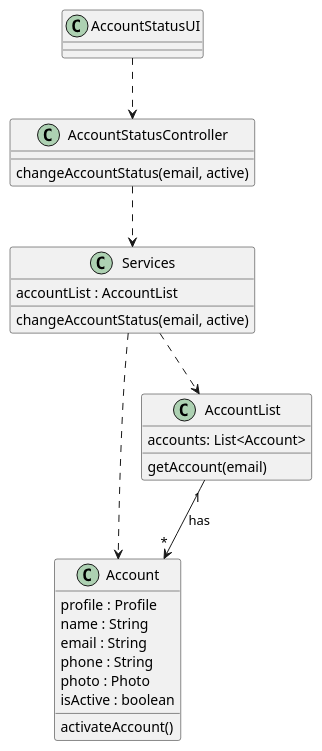
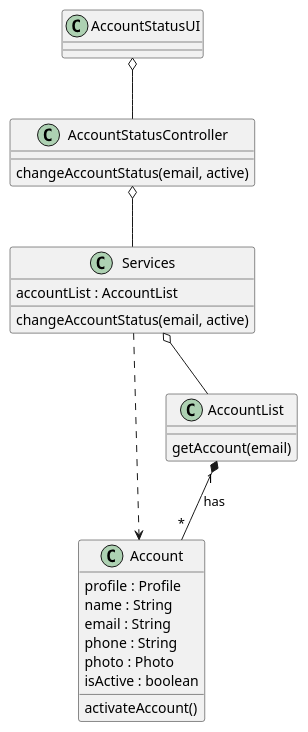
One commit to ivo-menezes/project_g3 changed the diagram in docs/modelling_design/user_stories/us006/US006_ActivateUserAccountCD.puml. Above: the diagram before and after it, drawn with PlantUML.

Commit message:
US006: Design: updated ActivateUserAccountCD

```diff
--- a/docs/modelling_design/user_stories/us006/US006_ActivateUserAccountCD.puml
+++ b/docs/modelling_design/user_stories/us006/US006_ActivateUserAccountCD.puml
@@ -1,36 +1,35 @@
 @startuml
 
 class AccountStatusUI {
 }
 
 class Account {
 profile : Profile
 name : String
 email : String
 phone : String
 photo : Photo
 isActive : boolean
 activateAccount()
 }
 
 class AccountStatusController {
 changeAccountStatus(email, active)
 }
 
 class Services {
 accountList : AccountList
 changeAccountStatus(email, active)
 }
 
 class "AccountList" {
-accounts: List<Account>
 getAccount(email)
 }
 
 Services ..> Account
-Services ..> "AccountList"
-AccountList "1" --> "*" Account : has
-AccountStatusController ..> Services
-AccountStatusUI ..> AccountStatusController
+Services o-- "AccountList"
+AccountList "1" *-- "*" Account : has
+AccountStatusController o-- Services
+AccountStatusUI o-- AccountStatusController
 
 @enduml
```
